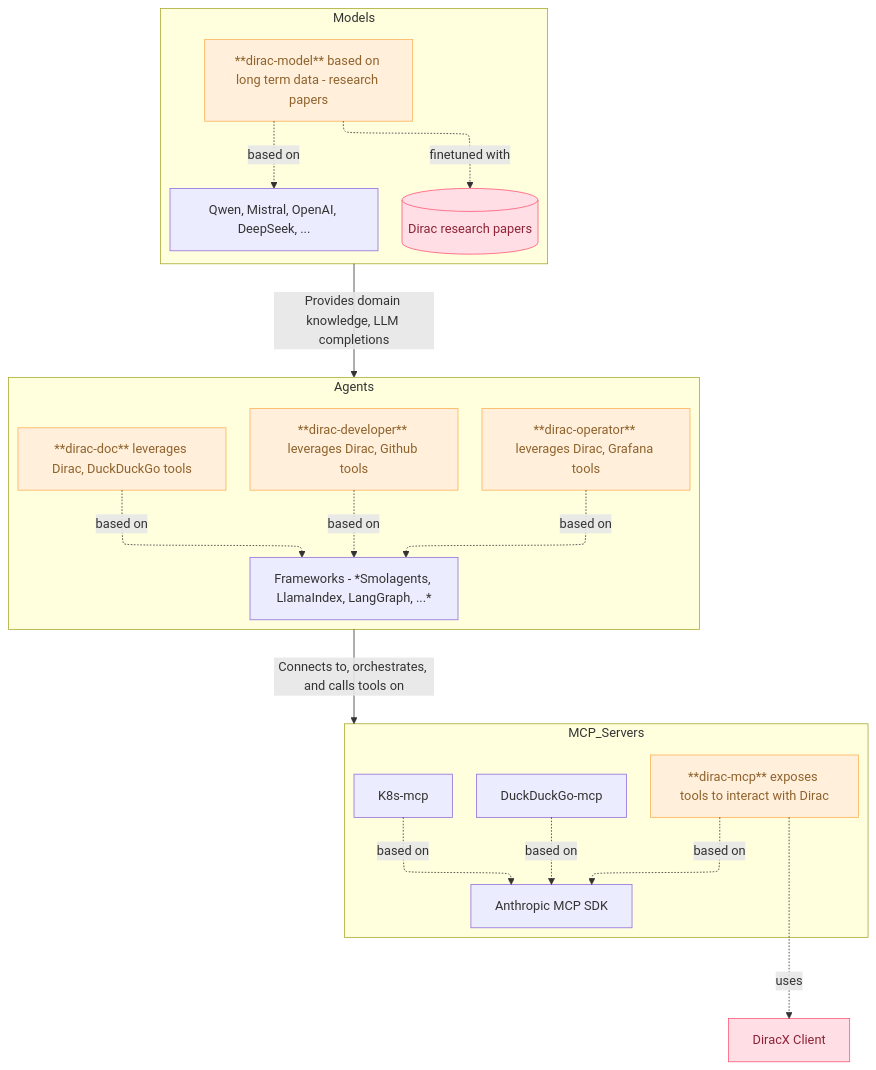
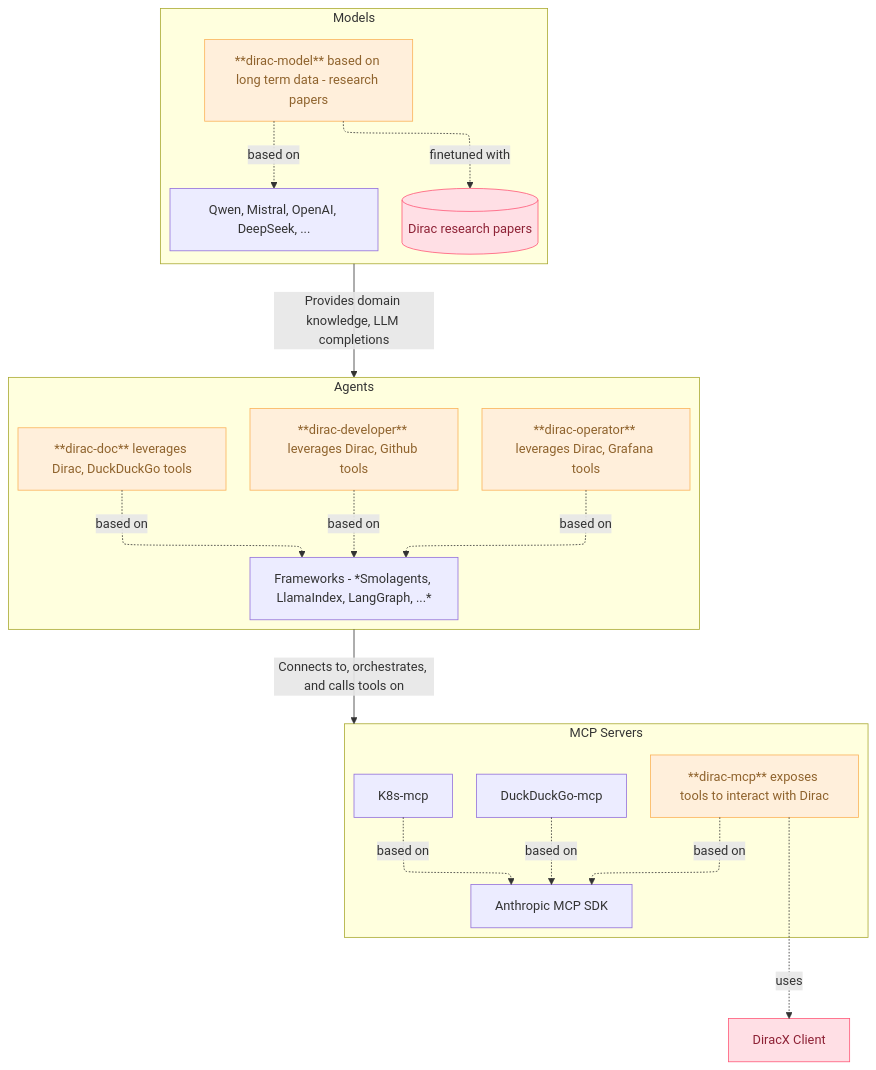
The diagram in README.md (aldbr/dirac-agentic), drawn with Mermaid before and after one commit. The commit also changed other lines of this file and 10 other files, not shown here.

````diff
--- a/README.md
+++ b/README.md
@@ -14,45 +14,45 @@
 ```mermaid
 ---
 config:
   layout: elk
 ---
 flowchart TD
  subgraph Models["Models"]
         any-model["Qwen, Mistral, OpenAI, DeepSeek, ..."]
         papers["Dirac research papers"]
         dirac-model["**dirac-model** based on long term data - research papers"]
   end
  subgraph Agents["Agents"]
         frameworks["Frameworks - *Smolagents, LlamaIndex, LangGraph, ...*"]
         dirac-agent1["**dirac-operator** leverages Dirac, Grafana tools"]
         dirac-agent2["**dirac-developer** leverages Dirac, Github tools"]
         dirac-agent3["**dirac-doc** leverages Dirac, DuckDuckGo tools"]
   end
- subgraph MCP_Servers["MCP_Servers"]
+ subgraph MCP_Servers["MCP Servers"]
         sdk["Anthropic MCP SDK"]
         dirac-mcp["**dirac-mcp** exposes tools to interact with Dirac"]
         k8s-mcp["K8s-mcp"]
         duckduckgo-mcp["DuckDuckGo-mcp"]
   end
     dirac-model -. based on .-> any-model
     dirac-model -. finetuned with .-> papers
     dirac-agent1 -. based on .-> frameworks
     dirac-agent2 -. based on .-> frameworks
     dirac-agent3 -. based on .-> frameworks
     Models -- Provides domain knowledge, LLM completions --> Agents
     Agents -- Connects to, orchestrates, and calls tools on --> MCP_Servers
     dirac-mcp -. uses .-> dirac["DiracX Client"]
     dirac-mcp -. based on .-> sdk
     duckduckgo-mcp -. based on .-> sdk
     k8s-mcp -. based on .-> sdk
     papers@{ shape: cyl}
      papers:::Rose
      dirac-model:::Peach
      dirac-agent1:::Peach
      dirac-agent2:::Peach
      dirac-agent3:::Peach
      dirac-mcp:::Peach
      dirac:::Rose
     classDef Peach stroke-width:1px, stroke-dasharray:none, stroke:#FBB35A, fill:#FFEFDB, color:#8F632D
     classDef Rose stroke-width:1px, stroke-dasharray:none, stroke:#FF5978, fill:#FFDFE5, color:#8E2236
 ```
````
